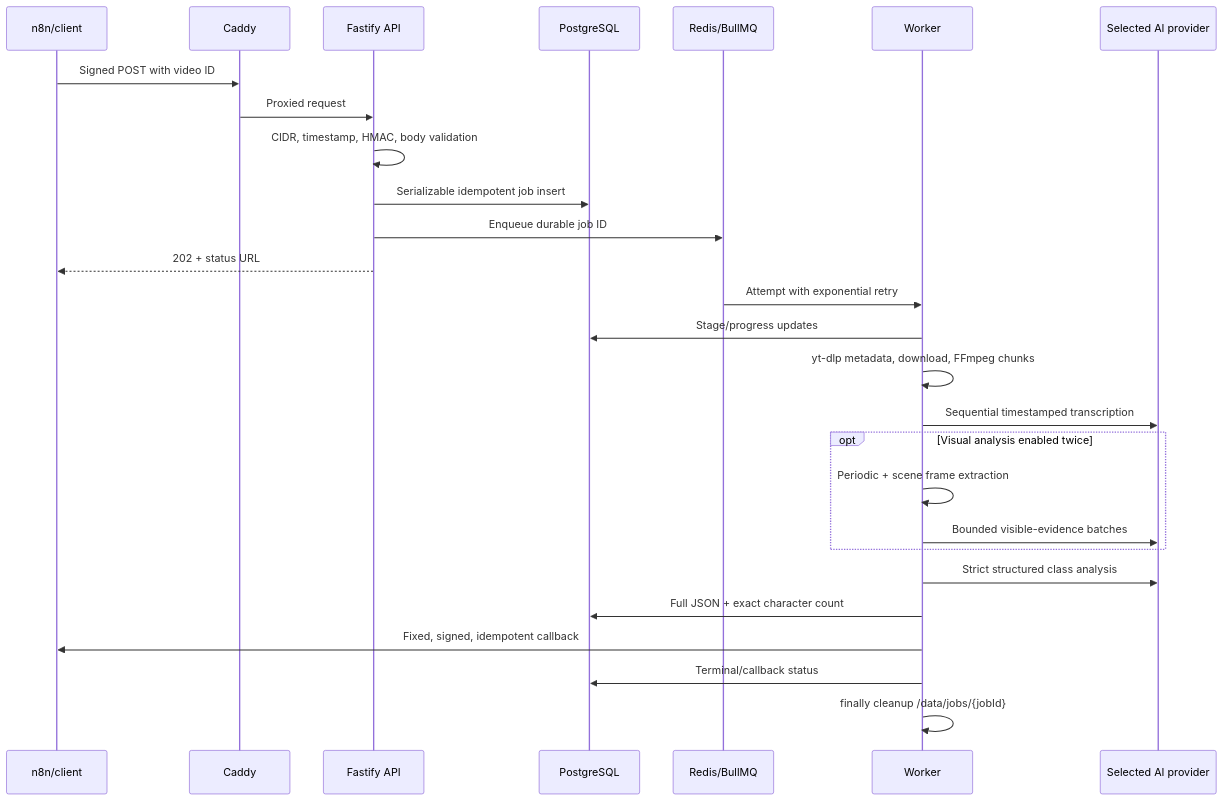
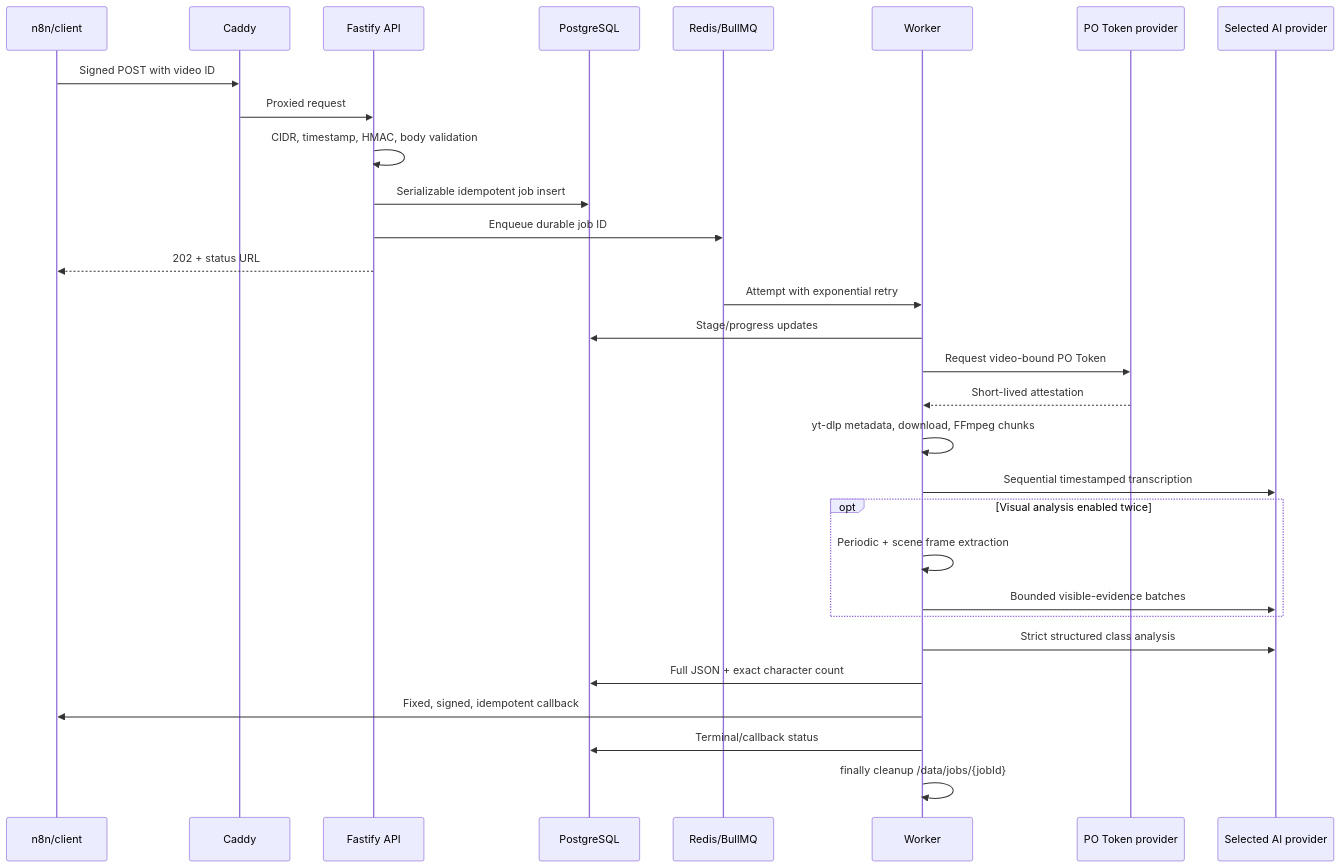
Before and after one commit to rierale0/etm-class-engine: the diagram in docs/architecture.md, drawn with Mermaid. The commit also changed other lines of this file and 12 other files, not shown here.

First line of the commit message:
Add automatic YouTube PO Token provider (#6)

````diff
--- a/docs/architecture.md
+++ b/docs/architecture.md
@@ -5,30 +5,33 @@
 ```mermaid
 sequenceDiagram
     participant N as n8n/client
     participant C as Caddy
     participant A as Fastify API
     participant P as PostgreSQL
     participant Q as Redis/BullMQ
     participant W as Worker
+    participant T as PO Token provider
     participant O as Selected AI provider
 
     N->>C: Signed POST with video ID
     C->>A: Proxied request
     A->>A: CIDR, timestamp, HMAC, body validation
     A->>P: Serializable idempotent job insert
     A->>Q: Enqueue durable job ID
     A-->>N: 202 + status URL
     Q->>W: Attempt with exponential retry
     W->>P: Stage/progress updates
+    W->>T: Request video-bound PO Token
+    T-->>W: Short-lived attestation
     W->>W: yt-dlp metadata, download, FFmpeg chunks
     W->>O: Sequential timestamped transcription
     opt Visual analysis enabled twice
         W->>W: Periodic + scene frame extraction
         W->>O: Bounded visible-evidence batches
     end
     W->>O: Strict structured class analysis
     W->>P: Full JSON + exact character count
     W->>N: Fixed, signed, idempotent callback
     W->>P: Terminal/callback status
     W->>W: finally cleanup /data/jobs/{jobId}
 ```
````
